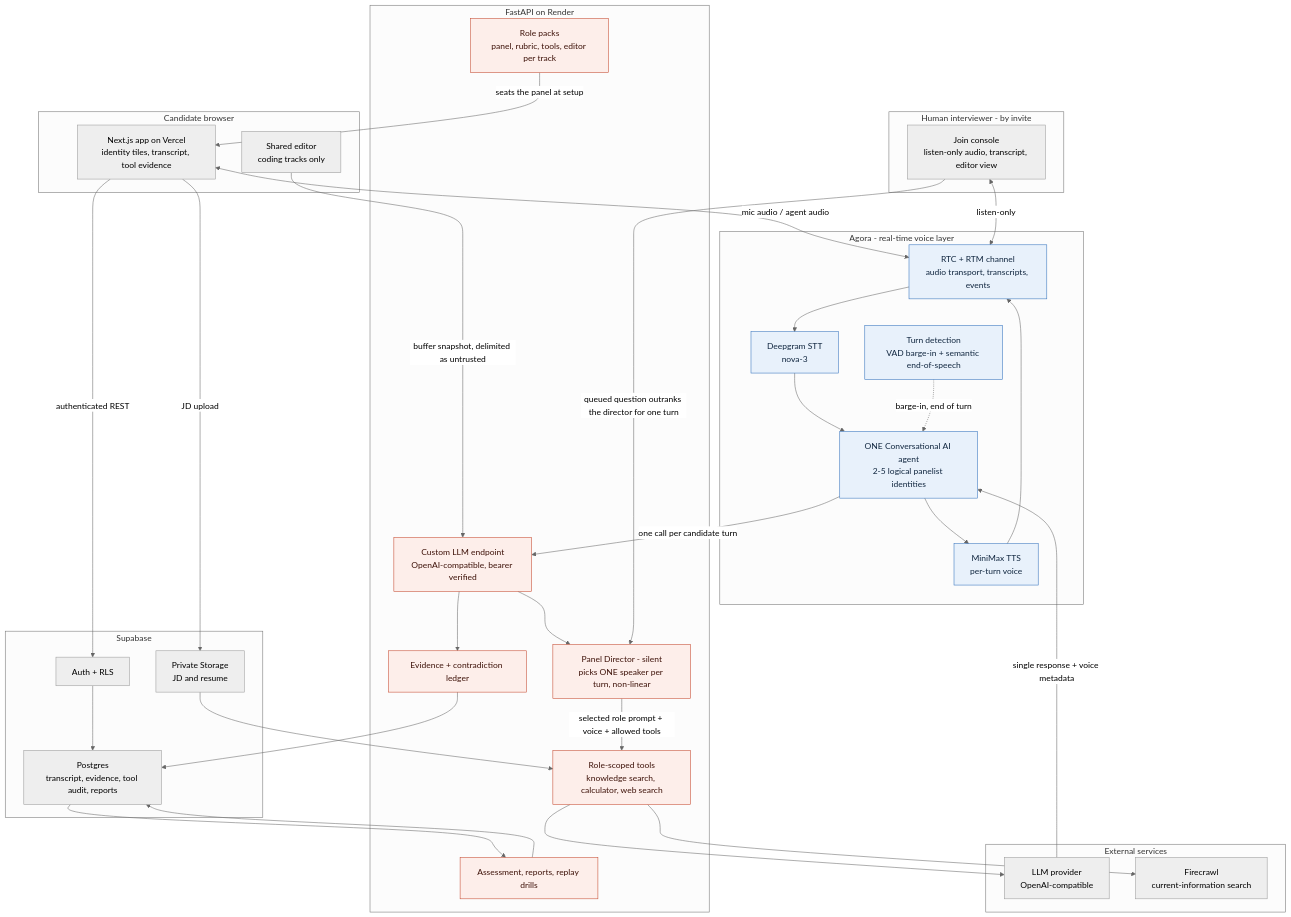
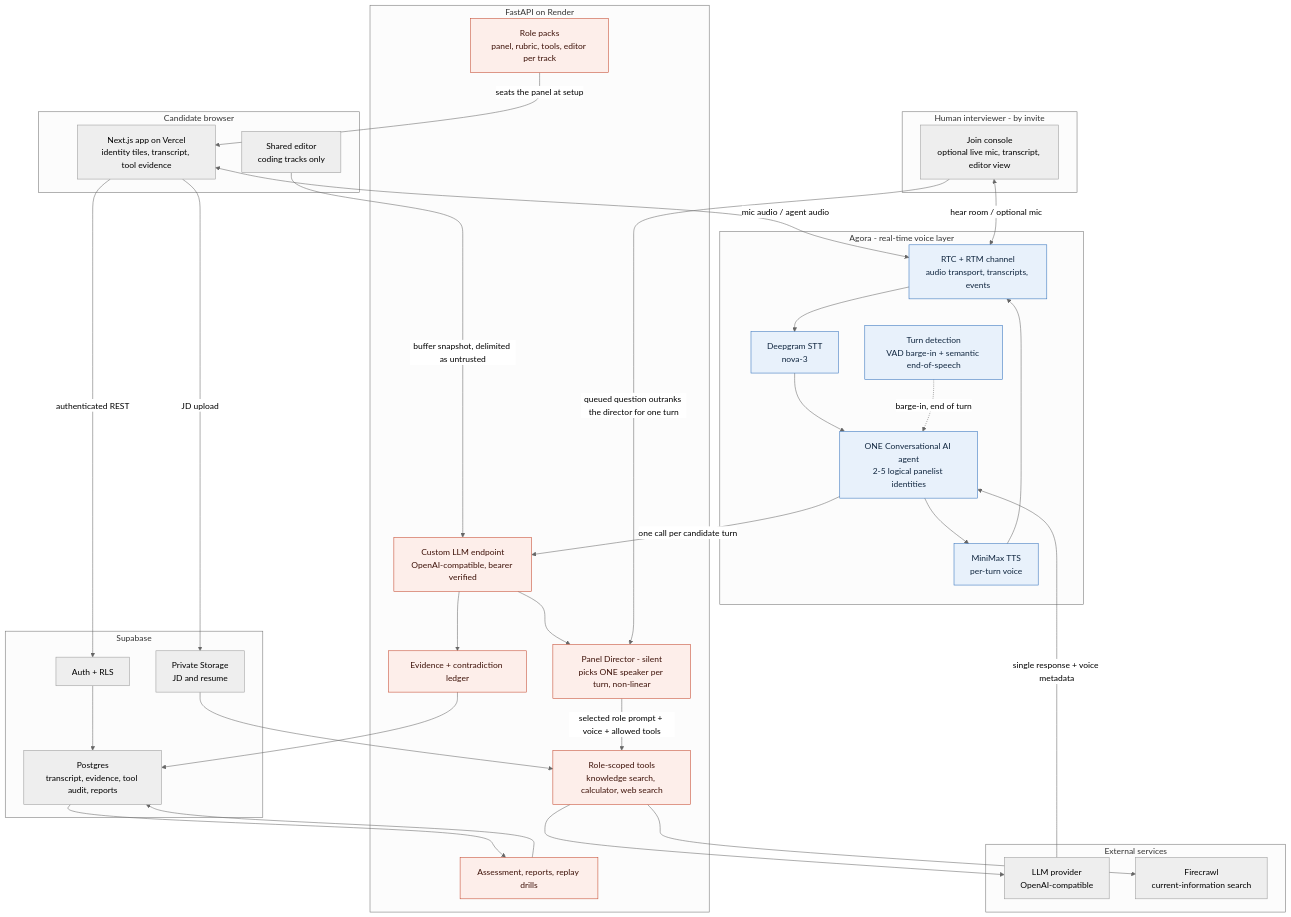
The diagram in docs/ARCHITECTURE.md (amiteshk469/agora-interviewe), drawn with Mermaid (neutral theme) before and after one commit. The commit also changed other lines of this file and 37 other files, not shown here.

````diff
--- a/docs/ARCHITECTURE.md
+++ b/docs/ARCHITECTURE.md
@@ -14,67 +14,67 @@
 ```mermaid
 flowchart TB
     subgraph browser["Candidate browser"]
         UI["Next.js app on Vercel<br/>identity tiles, transcript, tool evidence"]
         EDIT["Shared editor<br/>coding tracks only"]
     end
 
     subgraph guest["Human interviewer - by invite"]
-        HOST["Join console<br/>listen-only audio, transcript, editor view"]
+        HOST["Join console<br/>optional live mic, transcript, editor view"]
     end
 
     subgraph agora["Agora - real-time voice layer"]
         RTC["RTC + RTM channel<br/>audio transport, transcripts, events"]
         AGENT["ONE Conversational AI agent<br/>2-5 logical panelist identities"]
         STT["Deepgram STT<br/>nova-3"]
         TTS["MiniMax TTS<br/>per-turn voice"]
         VAD["Turn detection<br/>VAD barge-in + semantic end-of-speech"]
     end
 
     subgraph api["FastAPI on Render"]
         PACKS["Role packs<br/>panel, rubric, tools, editor per track"]
         LLM["Custom LLM endpoint<br/>OpenAI-compatible, bearer verified"]
         DIR["Panel Director - silent<br/>picks ONE speaker per turn, non-linear"]
         TOOLS["Role-scoped tools<br/>knowledge search, calculator, web search"]
         EVID["Evidence + contradiction ledger"]
         ASSESS["Assessment, reports, replay drills"]
     end
 
     subgraph ext["External services"]
         GROQ["LLM provider<br/>OpenAI-compatible"]
         FC["Firecrawl<br/>current-information search"]
     end
 
     subgraph data["Supabase"]
         AUTH["Auth + RLS"]
         PG["Postgres<br/>transcript, evidence, tool audit, reports"]
         STORE["Private Storage<br/>JD and resume"]
     end
 
     UI <-->|"mic audio / agent audio"| RTC
     RTC --> STT --> AGENT
     AGENT --> TTS --> RTC
     VAD -.->|"barge-in, end of turn"| AGENT
     AGENT -->|"one call per candidate turn"| LLM
     LLM --> DIR
     PACKS -->|"seats the panel at setup"| UI
     EDIT -->|"buffer snapshot, delimited as untrusted"| LLM
     HOST -->|"queued question outranks the director for one turn"| DIR
-    HOST <-->|"listen-only"| RTC
+    HOST <-->|"hear room / optional mic"| RTC
     DIR -->|"selected role prompt + voice + allowed tools"| TOOLS
     TOOLS --> GROQ
     TOOLS --> FC
     GROQ -->|"single response + voice metadata"| AGENT
     LLM --> EVID
     EVID --> PG
     ASSESS --> PG
     UI -->|"authenticated REST"| AUTH
     AUTH --> PG
     UI -->|"JD upload"| STORE
     STORE --> TOOLS
     PG --> ASSESS
 
     classDef agoraStyle fill:#e8f1fb,stroke:#2f6fbb,color:#10263f
     classDef apiStyle fill:#fdeeea,stroke:#c4462c,color:#3d1108
     class RTC,AGENT,STT,TTS,VAD agoraStyle
     class LLM,DIR,TOOLS,EVID,ASSESS,PACKS apiStyle
 ```
````
